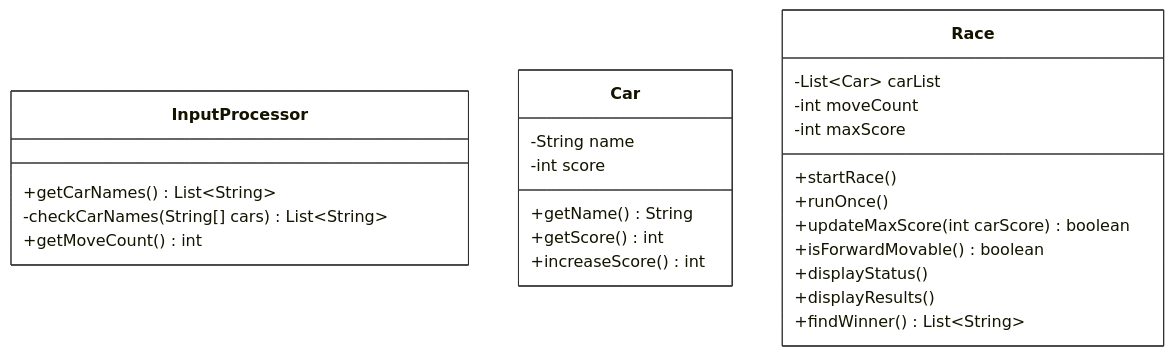
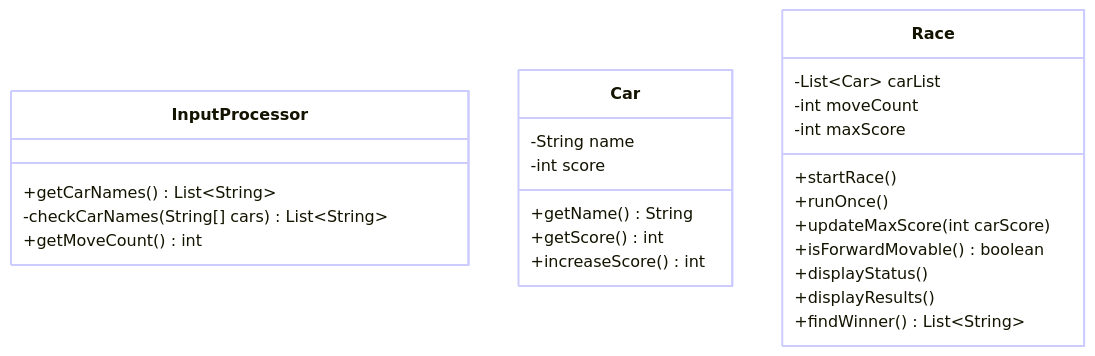
Before and after one commit to woowacourse-precourse/java-racingcar-7: the diagram in README.md, drawn with Mermaid.

Commit message:
docs: 클래스 다이어그램 수정

````diff
--- a/README.md
+++ b/README.md
@@ -118,30 +118,30 @@
 ```mermaid
 classDiagram
     class InputProcessor {
 	    +getCarNames() List~String~
 	    -checkCarNames(String[] cars) List~String~
 	    +getMoveCount() int
     }
     class Car {
 	    -String name
 	    -int score
 	    +getName() String
 	    +getScore() int
 	    +increaseScore() int
     }
     class Race {
      -List~Car~ carList
 	   -int moveCount
 	   -int maxScore
 	   +startRace()
 	   +runOnce()
-	   +updateMaxScore(int carScore) boolean
+	   +updateMaxScore(int carScore)
 	   +isForwardMovable() boolean
 	   +displayStatus()
 	   +displayResults()
 	   +findWinner() List~String~
     }
-    style InputProcessor fill:white,stroke:#333
-    style Car fill:white,stroke:#333
-    style Race fill:white,stroke:#333
+    style InputProcessor fill:white,stroke-width:2px,stroke:#CCF
+    style Car fill:white,stroke-width:2px,stroke:#CCF
+    style Race fill:white,stroke-width:2px,stroke:#CCF
 ```
````
